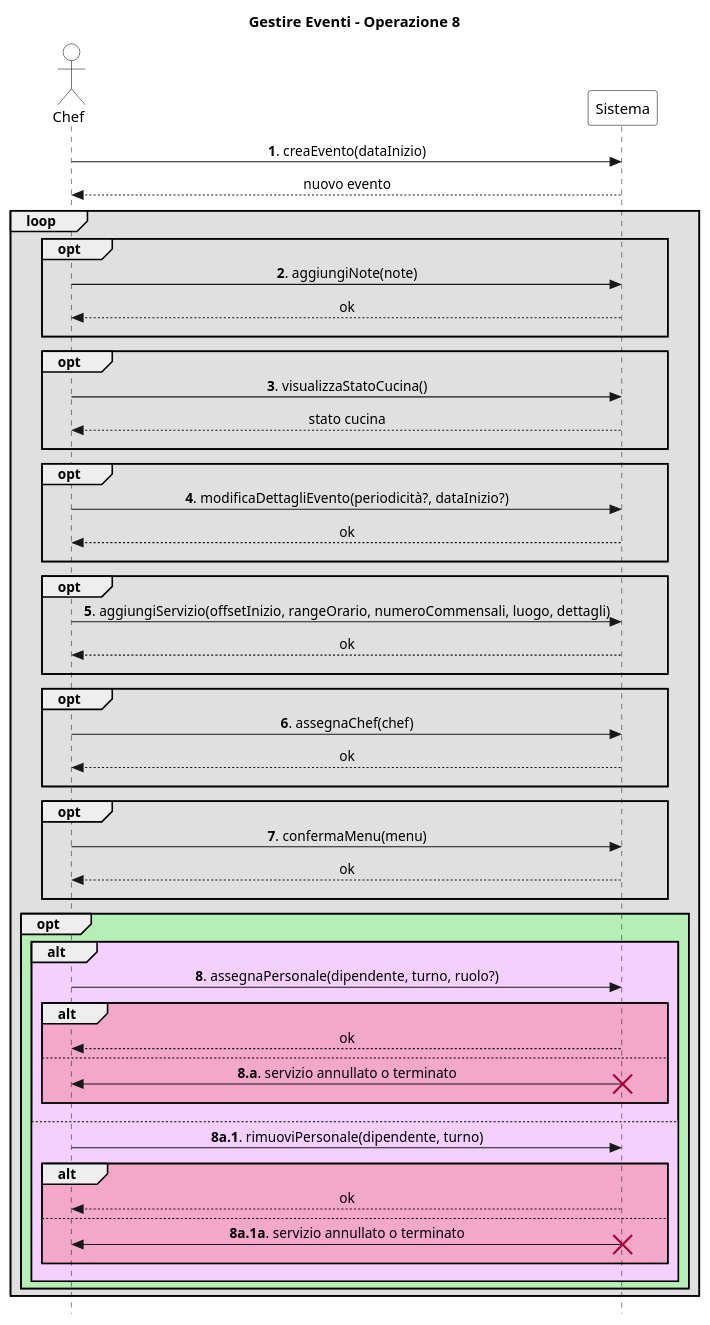
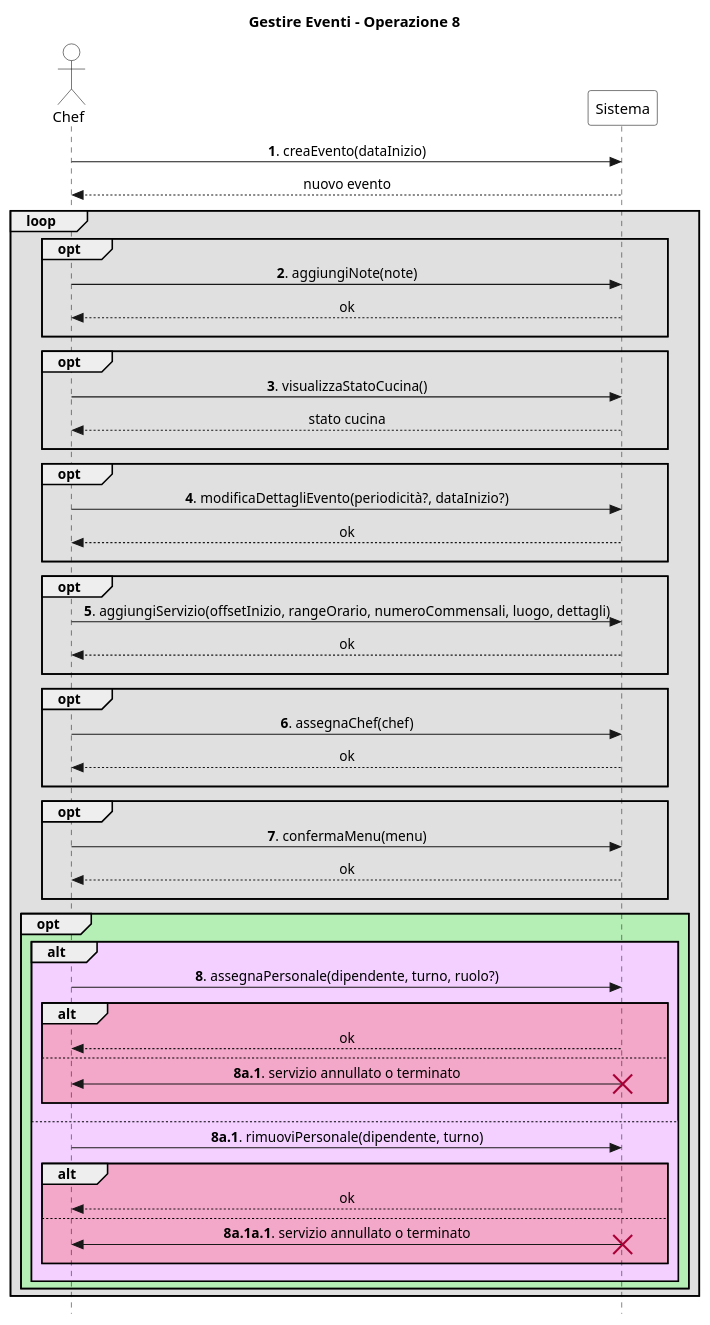
One commit to stefa168/sas-project changed the diagram in UP/Requisiti/UC Gestire Eventi/SSD/Estensioni-Eccezioni Op8.puml. Above: the diagram before and after it, drawn with PlantUML. The commit also changed 5 other files, not shown here.

```diff
--- a/UP/Requisiti/UC Gestire Eventi/SSD/Estensioni-Eccezioni Op8.puml
+++ b/UP/Requisiti/UC Gestire Eventi/SSD/Estensioni-Eccezioni Op8.puml
@@ -1,81 +1,81 @@
 @startuml
 skinparam Style strictuml
 skinparam SequenceMessageAlign center
 
 skinparam sequence {
     ActorBorderColor Black
     ActorBackgroundColor White
     ParticipantBorderColor Black
     ParticipantBackgroundColor White
 }
 
 actor Chef
 participant Sistema
 
 title Gestire Eventi - Operazione 8
 
 Chef -> Sistema: **1**. creaEvento(dataInizio)
 return nuovo evento
 
 loop #e0e0e0
     opt #e0e0e0
         Chef -> Sistema: **2**. aggiungiNote(note)
         return ok
         ||10||
     end
 
     opt #e0e0e0
         Chef -> Sistema: **3**. visualizzaStatoCucina()
         return stato cucina
         ||10||
     end
 
     opt #e0e0e0
         Chef -> Sistema: **4**. modificaDettagliEvento(periodicità?, dataInizio?)
         return ok
         ||10||
     end
 
     opt #e0e0e0
         Chef -> Sistema: **5**. aggiungiServizio(offsetInizio, rangeOrario, numeroCommensali, luogo, dettagli)
         return ok
         ||10||
     end
 
     opt #e0e0e0
         Chef -> Sistema: **6**. assegnaChef(chef)
         return ok
         ||10||
     end
 
     opt #e0e0e0
         Chef -> Sistema: **7**. confermaMenu(menu)
         return ok
         ||10||
     end
 
     opt #b6efb6
         alt #f3d0ff
             Chef -> Sistema: **8**. assegnaPersonale(dipendente, turno, ruolo?)
             alt #f3a7c9
                 return ok
             else
-                Chef <- Sistema: **8.a**. servizio annullato o terminato
+                Chef <- Sistema: **8a.1**. servizio annullato o terminato
                 destroy Sistema
                 ||10||
             end
             ||10||
         else
             Chef -> Sistema: **8a.1**. rimuoviPersonale(dipendente, turno)
             alt #f3a7c9
                 return ok
             else
-                Chef <- Sistema: **8a.1a**. servizio annullato o terminato
+                Chef <- Sistema: **8a.1a.1**. servizio annullato o terminato
                 destroy Sistema
                 ||10||
             end
             ||10||
         end
     end
 end
 @enduml
```
